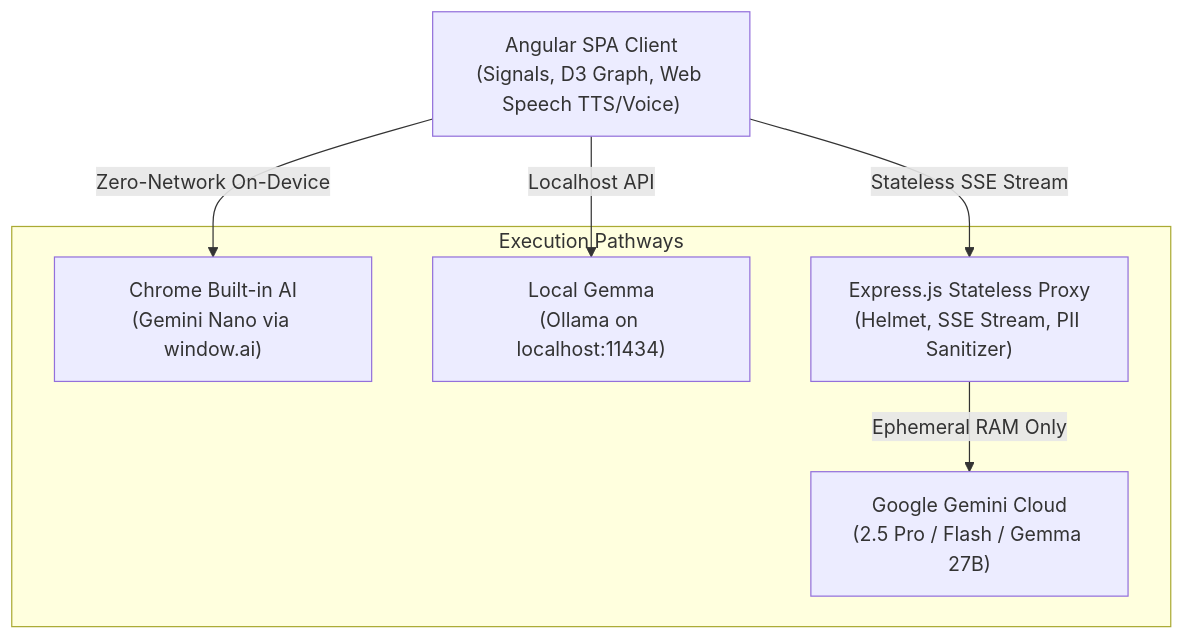
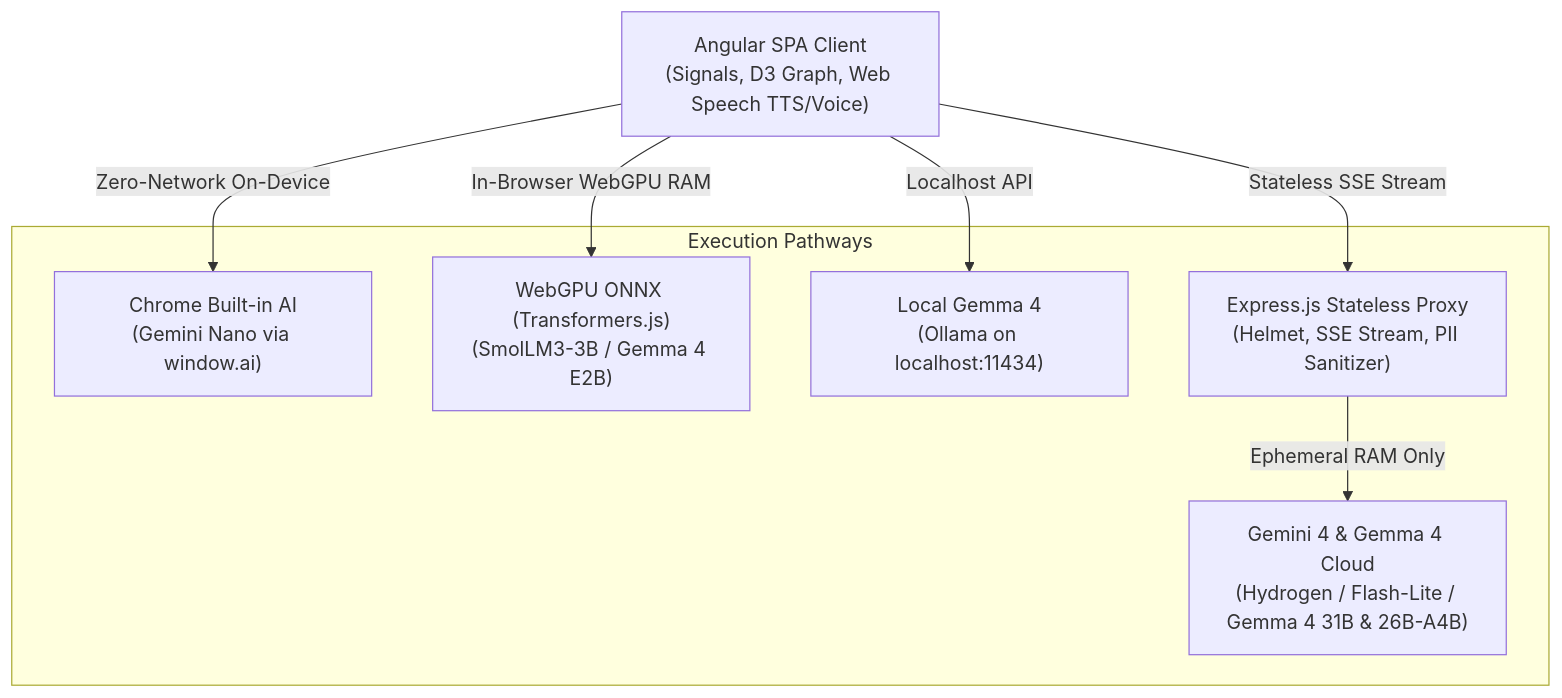
One commit to philgear/InsightSpark changed the diagram in README.md. Above: the diagram before and after it, drawn with Mermaid. The commit also changed other lines of this file and 44 other files, not shown here.

Commit message:
feat: add cost transparency ledger, OPSEC hardening, Hugging Face WebGPU/Gemma 4 updates, and PocketGull v4 typography

````diff
--- a/README.md
+++ b/README.md
@@ -97,16 +97,18 @@
 ```mermaid
 graph TD
     Client["Angular SPA Client<br>(Signals, D3 Graph, Web Speech TTS/Voice)"]
     
     subgraph "Execution Pathways"
         Nano["Chrome Built-in AI<br>(Gemini Nano via window.ai)"]
-        Local["Local Gemma<br>(Ollama on localhost:11434)"]
+        WebGPU["WebGPU ONNX (Transformers.js)<br>(SmolLM3-3B / Gemma 4 E2B)"]
+        Local["Local Gemma 4<br>(Ollama on localhost:11434)"]
         Proxy["Express.js Stateless Proxy<br>(Helmet, SSE Stream, PII Sanitizer)"]
-        Cloud["Google Gemini Cloud<br>(2.5 Pro / Flash / Gemma 27B)"]
+        Cloud["Gemini 4 & Gemma 4 Cloud<br>(Hydrogen / Flash-Lite / Gemma 4 31B & 26B-A4B)"]
     end
 
     Client -->|"Zero-Network On-Device"| Nano
+    Client -->|"In-Browser WebGPU RAM"| WebGPU
     Client -->|"Localhost API"| Local
     Client -->|"Stateless SSE Stream"| Proxy
     Proxy -->|"Ephemeral RAM Only"| Cloud
 ```
````
